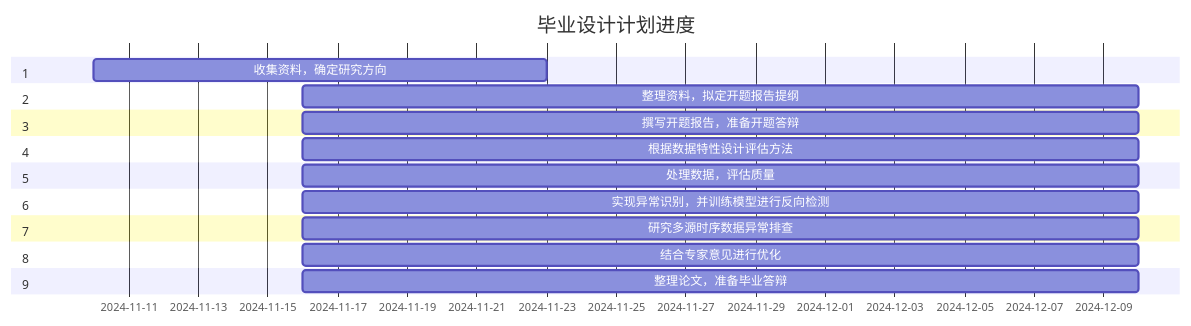
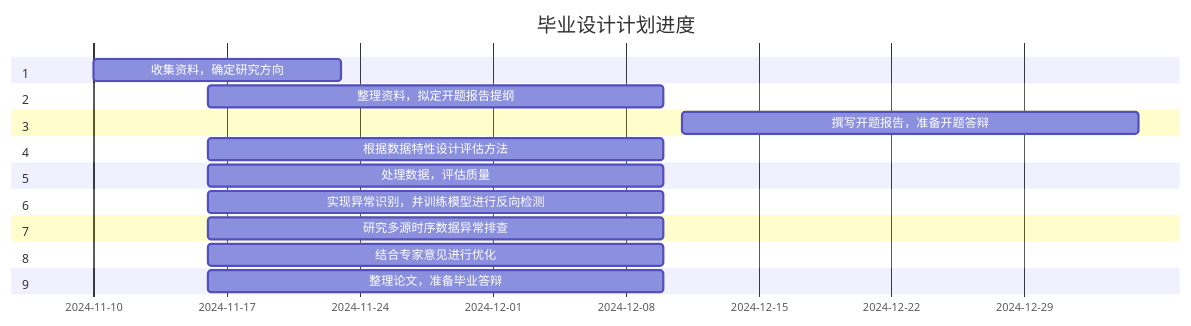
Before and after one commit to Kelseyyz/iodraw-files: the diagram in all/未命名.md, drawn with Mermaid.

Commit message:
2024-12-30 14:50:39 update

````diff
--- a/all/未命名.md
+++ b/all/未命名.md
@@ -1,28 +1,28 @@
 ```mermaid
 gantt
     title 毕业设计计划进度
-    dateFormat  YYYY年MM月DD
+    dateFormat  YYYY年MM月DD日
     
 
     section 1
     收集资料，确定研究方向           : 2024-11-10  , 13d
     section 2
     整理资料，拟定开题报告提纲       : 2024-11-16  , 24d
     section 3
-    撰写开题报告，准备开题答辩       : 2024-11-16  , 24d
+    撰写开题报告，准备开题答辩       : 2024年12月11日  , 24d
     section 4
     根据数据特性设计评估方法         : 2024-11-16  , 24d
     section 5
     处理数据，评估质量               : 2024-11-16  , 24d
     section 6
     实现异常识别，并训练模型进行反向检测    : 2024-11-16  , 24d
     section 7
     研究多源时序数据异常排查         : 2024-11-16  , 24d
     section 8
     结合专家意见进行优化             : 2024-11-16  , 24d
     section 9
     整理论文，准备毕业答辩           : 2024-11-16  , 24d
 
 
 
 ```
````
